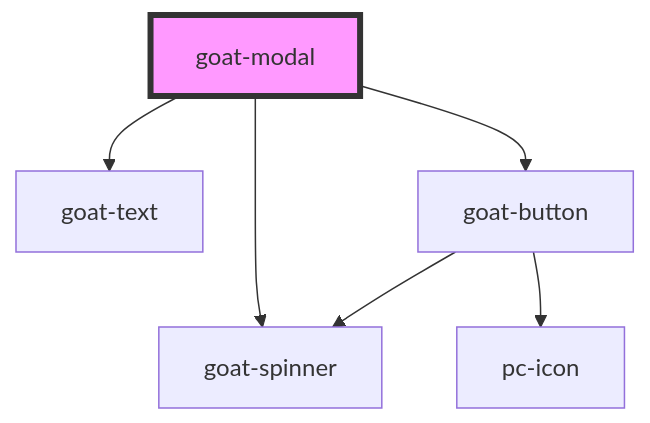
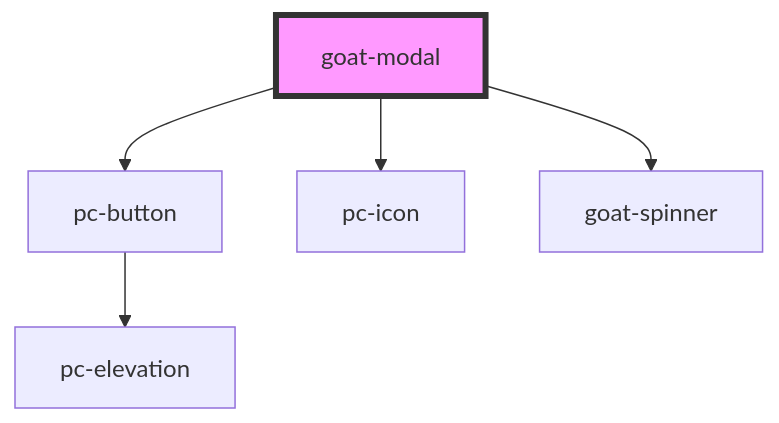
Before and after one commit to redvars/peacock: the diagram in src/components/modal/modal/readme.md, drawn with Mermaid. The commit also changed other lines of this file and 280 other files, not shown here.

````diff
--- a/src/components/modal/modal/readme.md
+++ b/src/components/modal/modal/readme.md
@@ -37,9 +37,8 @@
 ```mermaid
 graph TD;
-  goat-modal --> goat-text
-  goat-modal --> goat-button
+  goat-modal --> pc-button
+  goat-modal --> pc-icon
   goat-modal --> goat-spinner
-  goat-button --> goat-spinner
-  goat-button --> pc-icon
+  pc-button --> pc-elevation
   style goat-modal fill:#f9f,stroke:#333,stroke-width:4px
 ```
````
